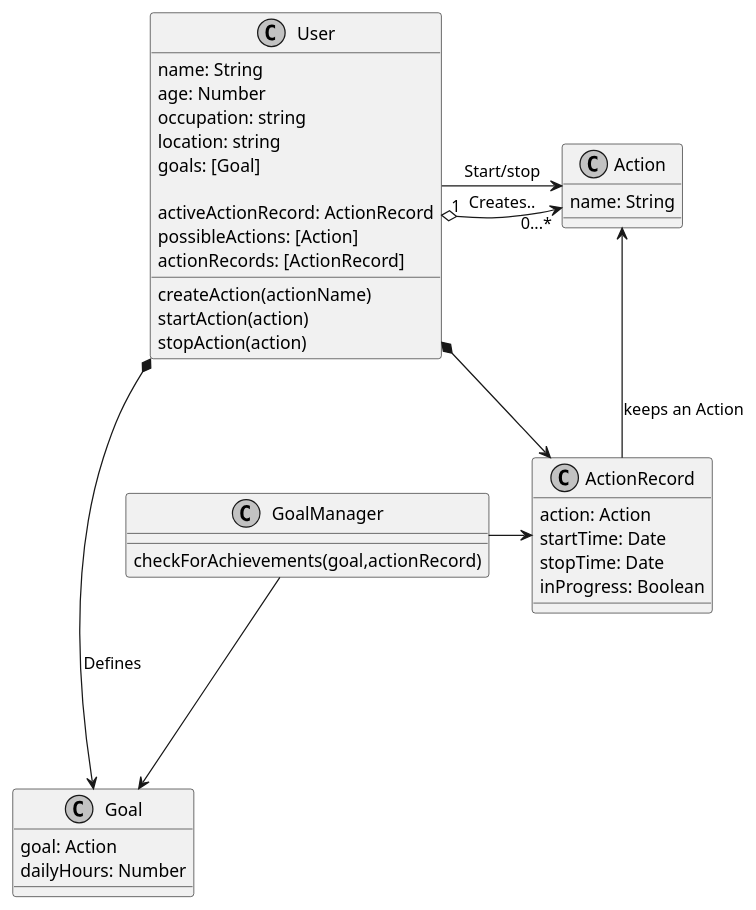
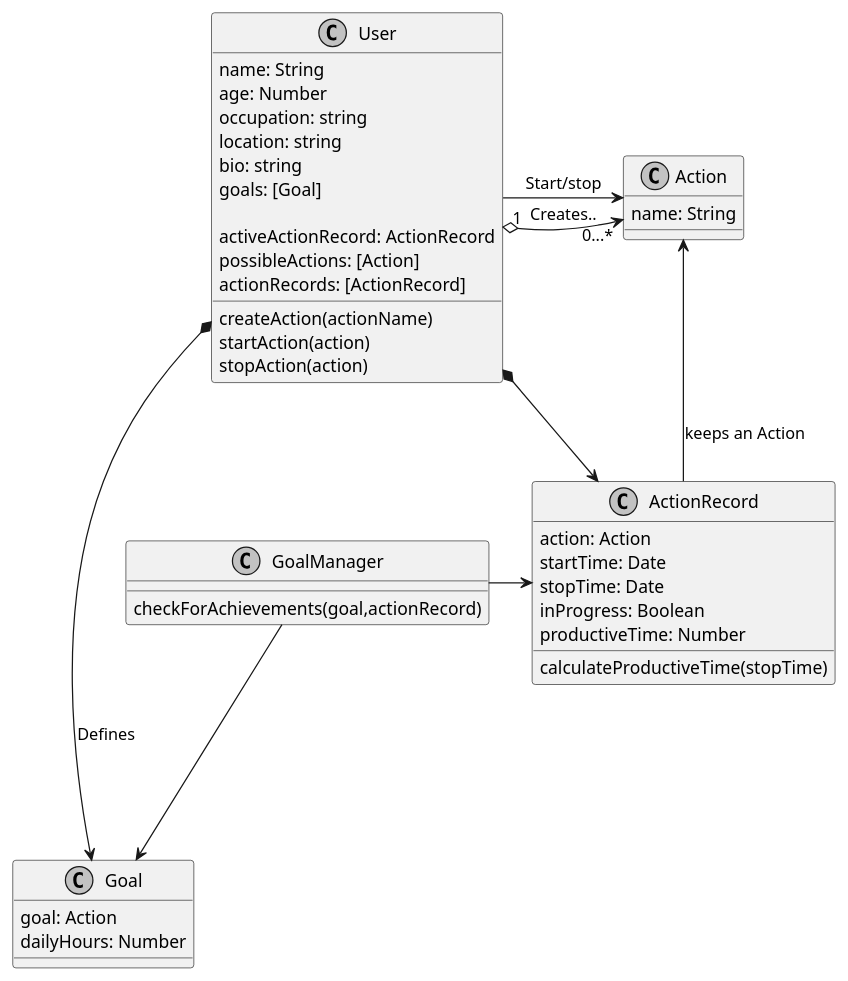
The diagram in architecture/class.puml (t-vo90/nocrastinate), drawn with PlantUML before and after one commit.

Commit message:
Add new lines to Class.uml

```diff
--- a/architecture/class.puml
+++ b/architecture/class.puml
@@ -1,54 +1,59 @@
 @startuml NoCrastinate
 
 skinparam Shadowing false
 skinparam Monochrome true
 ' skinparam PackageFontStyle Rectangle
 
 class User  {
     name: String
     age: Number
     occupation: string
     location: string
+    bio: string
     goals: [Goal]
 
     activeActionRecord: ActionRecord
     possibleActions: [Action]
     actionRecords: [ActionRecord]
 
     createAction(actionName)
     startAction(action)
     stopAction(action)
+
 }
 
 class Action {
     name: String
 }
 
 class ActionRecord {
     action: Action
     startTime: Date
     stopTime: Date
     inProgress: Boolean
+    productiveTime: Number
+
+    calculateProductiveTime(stopTime)
 }
 class Goal {
     goal: Action
     dailyHours: Number
 }
 
 class GoalManager{
     checkForAchievements(goal,actionRecord)
 }
 
 User "1" o-> "0...*" Action : Creates..
 User ---> Action: Start/stop
 User *-> ActionRecord
 
 Action <-- ActionRecord : keeps an Action
 
 
 User *----> Goal : Defines
 GoalManager -> ActionRecord
 GoalManager -> Goal
 
 
 @enduml
```
